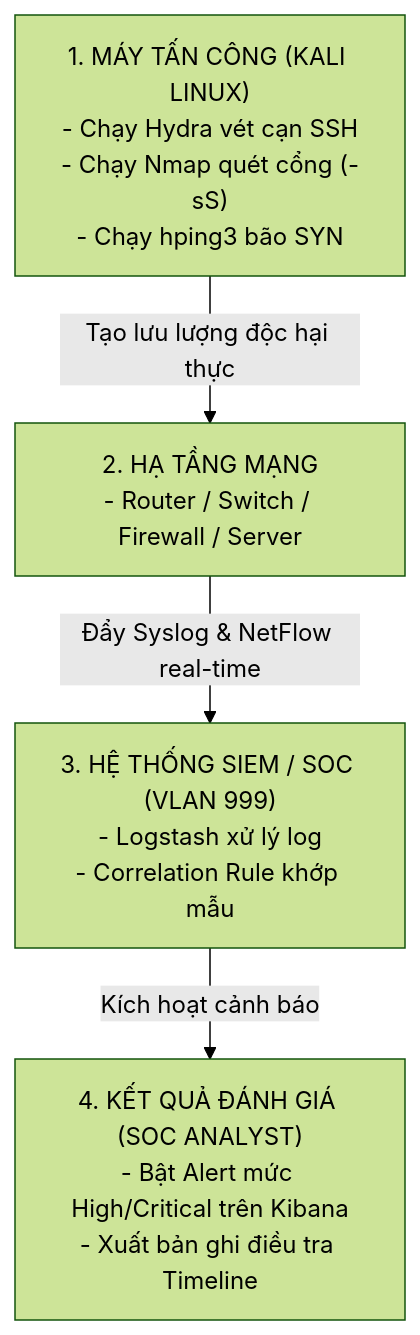
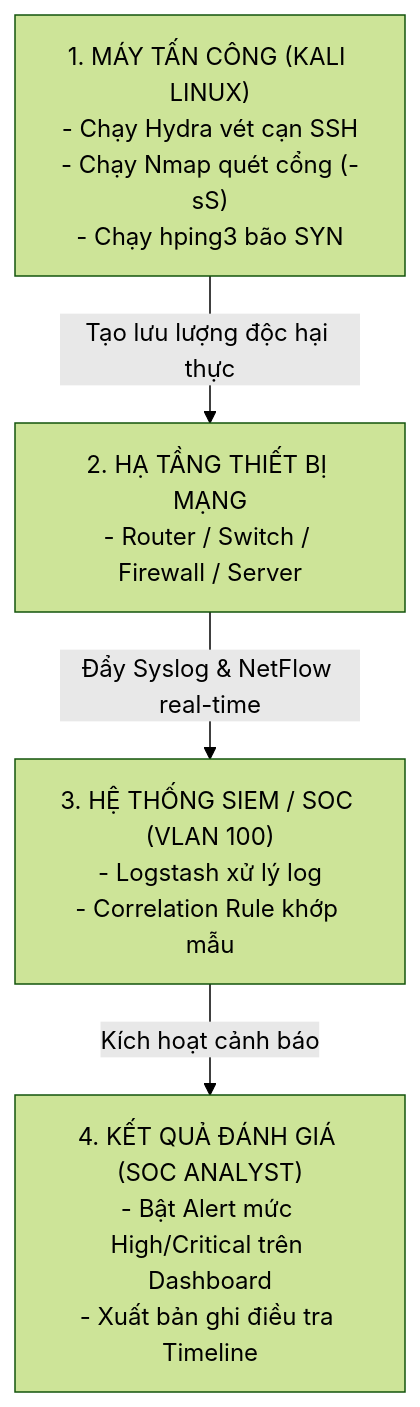
One commit to anhxuan2712/enterprise-network-security-monitoring changed the third of 3 diagrams in 07_Monitoring_And_Logging.md. Above: the diagram before and after it, drawn with Mermaid (forest theme). The commit also changed other lines of this file and 7 other files, not shown here.

````diff
--- a/07_Monitoring_And_Logging.md
+++ b/07_Monitoring_And_Logging.md
@@ -222,6 +328,6 @@
 ```mermaid
 flowchart TD
-    A["1. MÁY TẤN CÔNG (KALI LINUX)\n- Chạy Hydra vét cạn SSH\n- Chạy Nmap quét cổng (-sS)\n- Chạy hping3 bão SYN"] -->|Tạo lưu lượng độc hại thực| B["2. HẠ TẦNG MẠNG\n- Router / Switch / Firewall / Server"]
-    B -->|Đẩy Syslog & NetFlow real-time| C["3. HỆ THỐNG SIEM / SOC (VLAN 999)\n- Logstash xử lý log\n- Correlation Rule khớp mẫu"]
-    C -->|Kích hoạt cảnh báo| D["4. KẾT QUẢ ĐÁNH GIÁ (SOC ANALYST)\n- Bật Alert mức High/Critical trên Kibana\n- Xuất bản ghi điều tra Timeline"]
+    A["1. MÁY TẤN CÔNG (KALI LINUX)\n- Chạy Hydra vét cạn SSH\n- Chạy Nmap quét cổng (-sS)\n- Chạy hping3 bão SYN"] -->|Tạo lưu lượng độc hại thực| B["2. HẠ TẦNG THIẾT BỊ MẠNG\n- Router / Switch / Firewall / Server"]
+    B -->|Đẩy Syslog & NetFlow real-time| C["3. HỆ THỐNG SIEM / SOC (VLAN 100)\n- Logstash xử lý log\n- Correlation Rule khớp mẫu"]
+    C -->|Kích hoạt cảnh báo| D["4. KẾT QUẢ ĐÁNH GIÁ (SOC ANALYST)\n- Bật Alert mức High/Critical trên Dashboard\n- Xuất bản ghi điều tra Timeline"]
 ```
````
